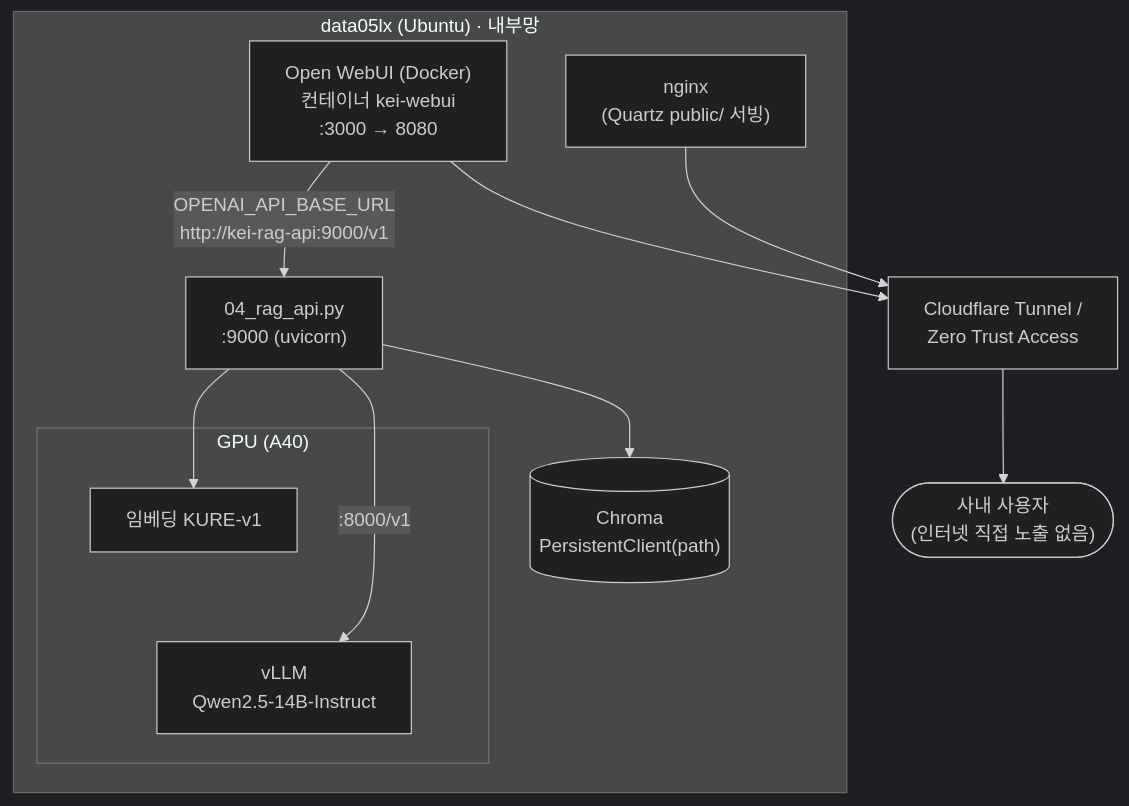
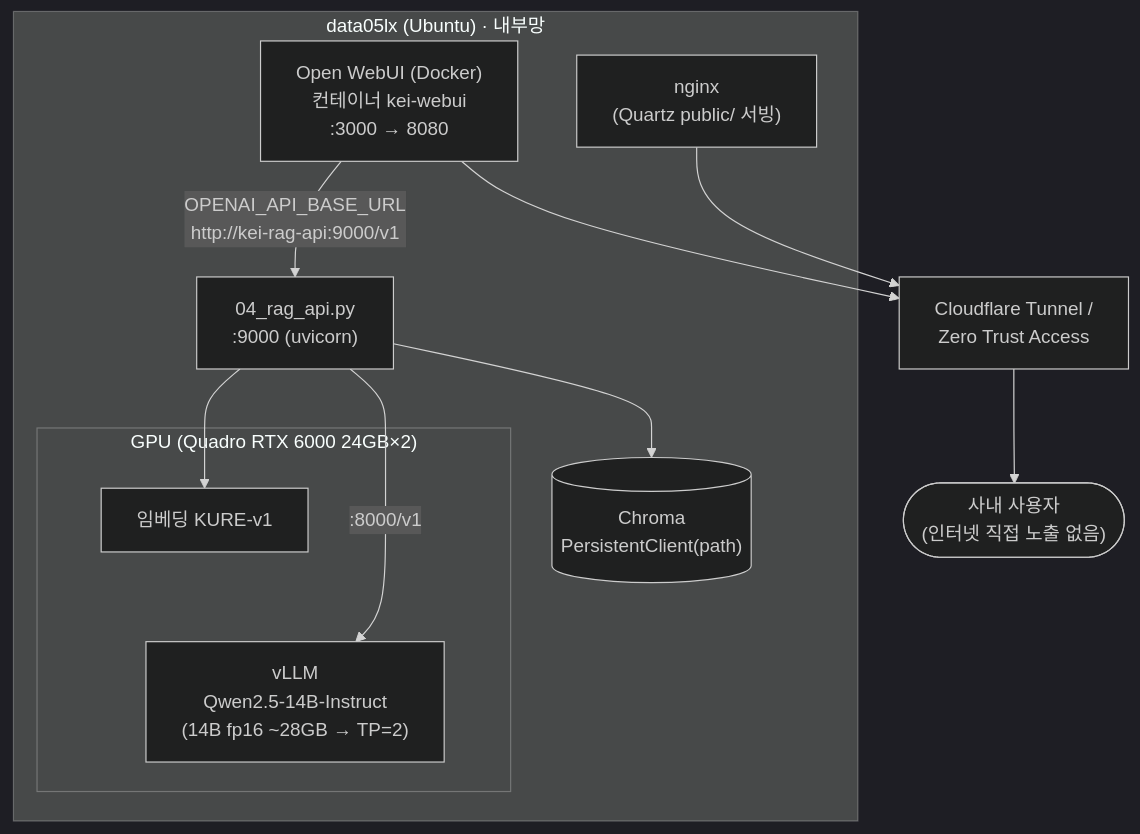
One commit to mooner92/KEIAdminSuperv changed the fourth of 4 diagrams in docs/02-architecture.md. Above: the diagram before and after it, drawn with Mermaid (dark theme). The commit also changed other lines of this file and 13 other files, not shown here.

First line of the commit message:
docs: GPU 표기 정정 A40 → Quadro RTX 6000 (실제 하드웨어)

````diff
--- a/docs/02-architecture.md
+++ b/docs/02-architecture.md
@@ -160,24 +162,24 @@
 ```mermaid
 flowchart TB
     subgraph HOST["data05lx (Ubuntu) · 내부망"]
-        subgraph GPU["GPU (A40)"]
-            VLLM["vLLM<br/>Qwen2.5-14B-Instruct"]
+        subgraph GPU["GPU (Quadro RTX 6000 24GB×2)"]
+            VLLM["vLLM<br/>Qwen2.5-14B-Instruct<br/>(14B fp16 ~28GB → TP=2)"]
             EMB["임베딩 KURE-v1"]
         end
         RAG["04_rag_api.py<br/>:9000 (uvicorn)"]
         CHR[("Chroma<br/>PersistentClient(path)")]
         WEBUI["Open WebUI (Docker)<br/>컨테이너 kei-webui<br/>:3000 → 8080"]
         NGINX["nginx<br/>(Quartz public/ 서빙)"]
     end
 
     CFT["Cloudflare Tunnel /<br/>Zero Trust Access"]
 
     WEBUI -- "OPENAI_API_BASE_URL<br/>http://kei-rag-api:9000/v1" --> RAG
     RAG --> EMB
     RAG --> CHR
     RAG -- ":8000/v1" --> VLLM
     EMB --- GPU
     NGINX --> CFT
     WEBUI --> CFT
     CFT --> NET(["사내 사용자<br/>(인터넷 직접 노출 없음)"])
 ```
````
